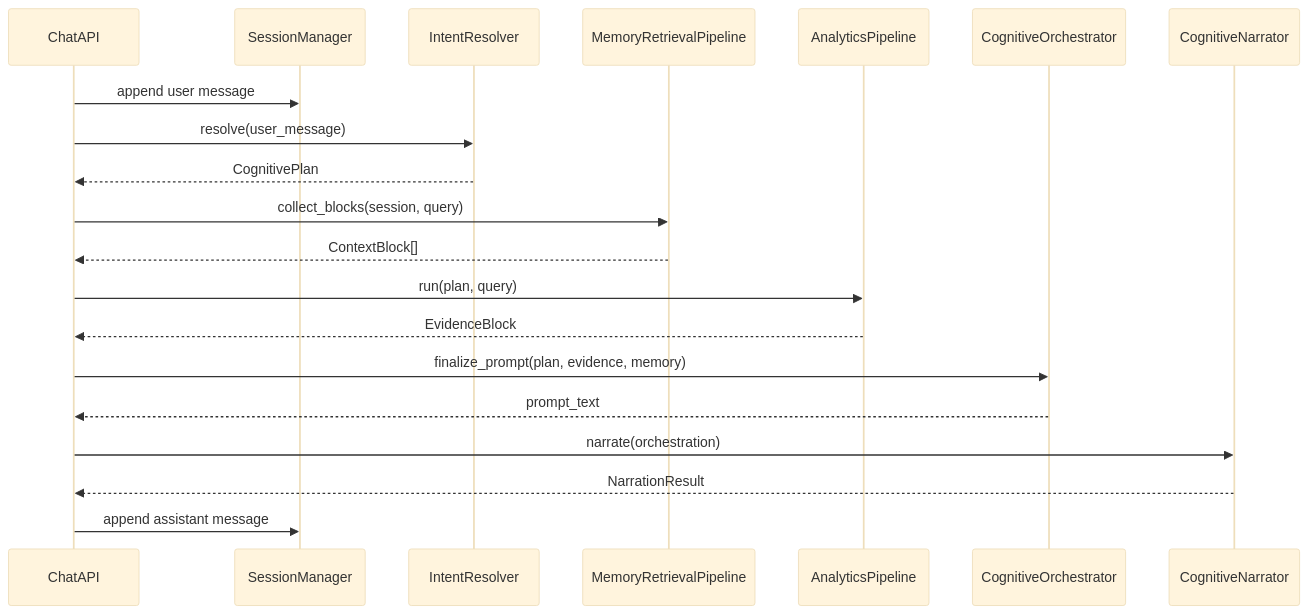
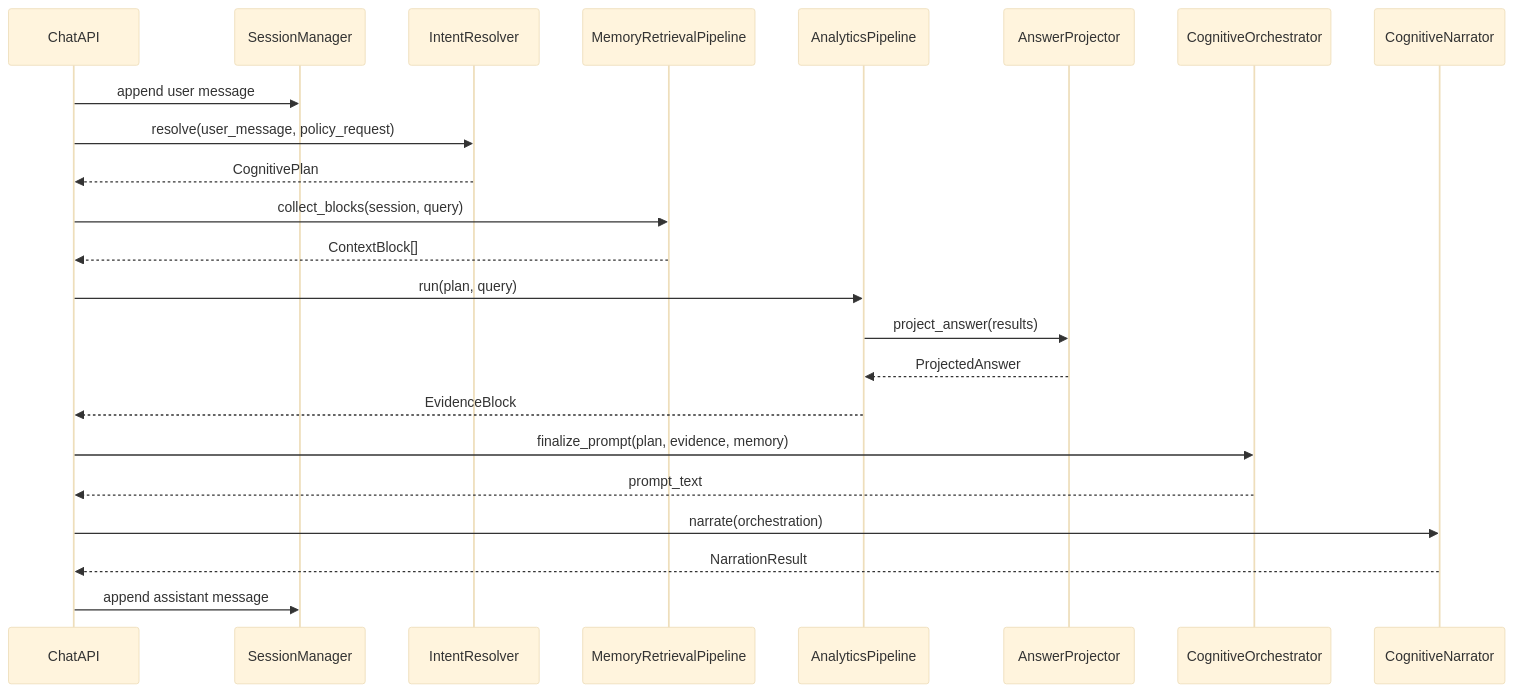
The ninth of 15 diagrams in orion_mcp_v3/docs/architecture/ANALISE_ARQUITETURAL_SENIOR.md (cristianosantana/jupter_notebook), drawn with Mermaid (base theme) before and after one commit. The commit also changed other lines of this file and 11 other files, not shown here.

````diff
--- a/orion_mcp_v3/docs/architecture/ANALISE_ARQUITETURAL_SENIOR.md
+++ b/orion_mcp_v3/docs/architecture/ANALISE_ARQUITETURAL_SENIOR.md
@@ -532,23 +655,26 @@
 ```mermaid
 sequenceDiagram
     participant API as ChatAPI
     participant SM as SessionManager
     participant IR as IntentResolver
     participant MEM as MemoryRetrievalPipeline
     participant ANA as AnalyticsPipeline
+    participant AP as AnswerProjector
     participant ORCH as CognitiveOrchestrator
     participant NAR as CognitiveNarrator
 
     API->>SM: append user message
-    API->>IR: resolve(user_message)
+    API->>IR: resolve(user_message, policy_request)
     IR-->>API: CognitivePlan
     API->>MEM: collect_blocks(session, query)
     MEM-->>API: ContextBlock[]
     API->>ANA: run(plan, query)
+    ANA->>AP: project_answer(results)
+    AP-->>ANA: ProjectedAnswer
     ANA-->>API: EvidenceBlock
     API->>ORCH: finalize_prompt(plan, evidence, memory)
     ORCH-->>API: prompt_text
     API->>NAR: narrate(orchestration)
     NAR-->>API: NarrationResult
     API->>SM: append assistant message
 ```
````
